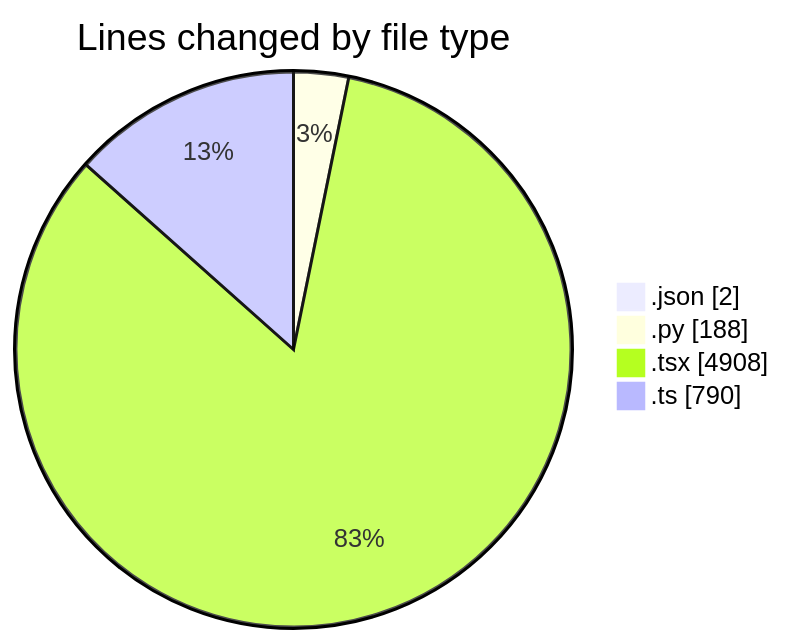
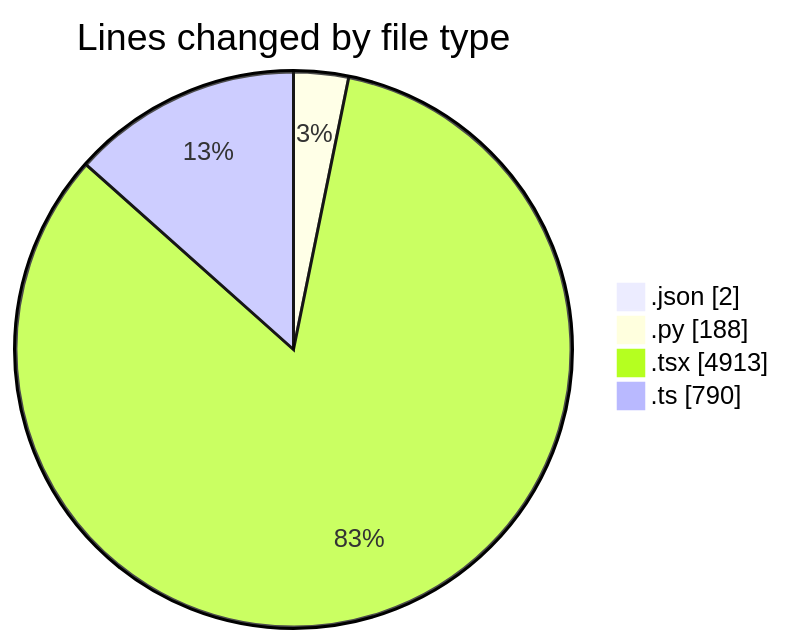
Before and after one commit to julien-gomy/code-tracking: the first of 2 diagrams in 2025-10-06/eventscop-frontend-guide__workspace_/README.md, drawn with Mermaid. The commit also changed other lines of this file and 1 other file, not shown here.

````diff
--- a/2025-10-06/eventscop-frontend-guide__workspace_/README.md
+++ b/2025-10-06/eventscop-frontend-guide__workspace_/README.md
@@ -56,8 +56,8 @@
 ```mermaid
 pie showData
 title Lines changed by file type
 ".json" : 2
 ".py" : 188
-".tsx" : 4908
+".tsx" : 4913
 ".ts" : 790
 ```
````
